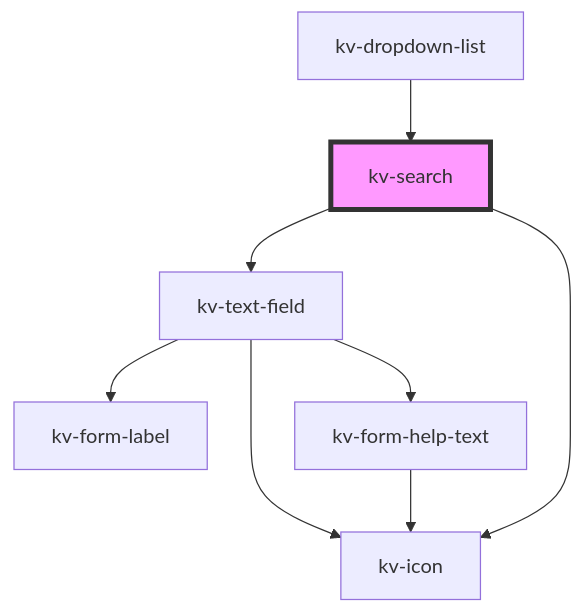
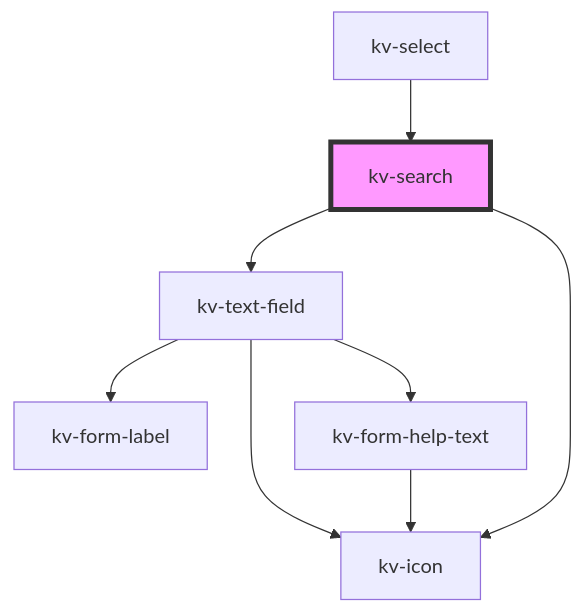
Before and after one commit to kelvininc/ui-components: the diagram in packages/ui-components/src/components/search/readme.md, drawn with Mermaid. The commit also changed other lines of this file and 46 other files, not shown here.

First line of the commit message:
refactor(dropdown)!: rename `dropdown-list` to `select`

````diff
--- a/packages/ui-components/src/components/search/readme.md
+++ b/packages/ui-components/src/components/search/readme.md
@@ -79,11 +79,11 @@
 ```mermaid
 graph TD;
   kv-search --> kv-text-field
   kv-search --> kv-icon
   kv-text-field --> kv-form-label
   kv-text-field --> kv-icon
   kv-text-field --> kv-form-help-text
   kv-form-help-text --> kv-icon
-  kv-dropdown-list --> kv-search
+  kv-select --> kv-search
   style kv-search fill:#f9f,stroke:#333,stroke-width:4px
 ```
````
